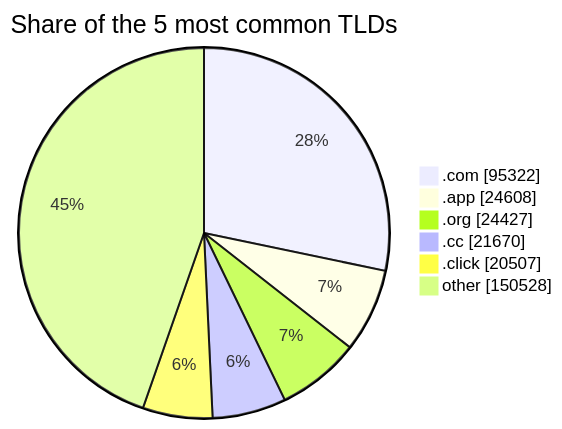
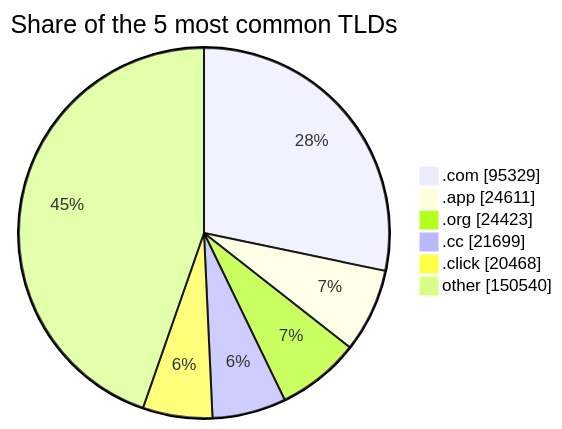
The third of 3 diagrams in README.md (DNSBunker/CTI), drawn with Mermaid before and after one commit. The commit also changed other lines of this file and 4 other files, not shown here.

````diff
--- a/README.md
+++ b/README.md
@@ -81,9 +81,9 @@
 ```mermaid
 pie showData title Share of the 5 most common TLDs
-    ".com" : 95322
-    ".app" : 24608
-    ".org" : 24427
-    ".cc" : 21670
-    ".click" : 20507
-    "other" : 150528
+    ".com" : 95329
+    ".app" : 24611
+    ".org" : 24423
+    ".cc" : 21699
+    ".click" : 20468
+    "other" : 150540
 ```
````
